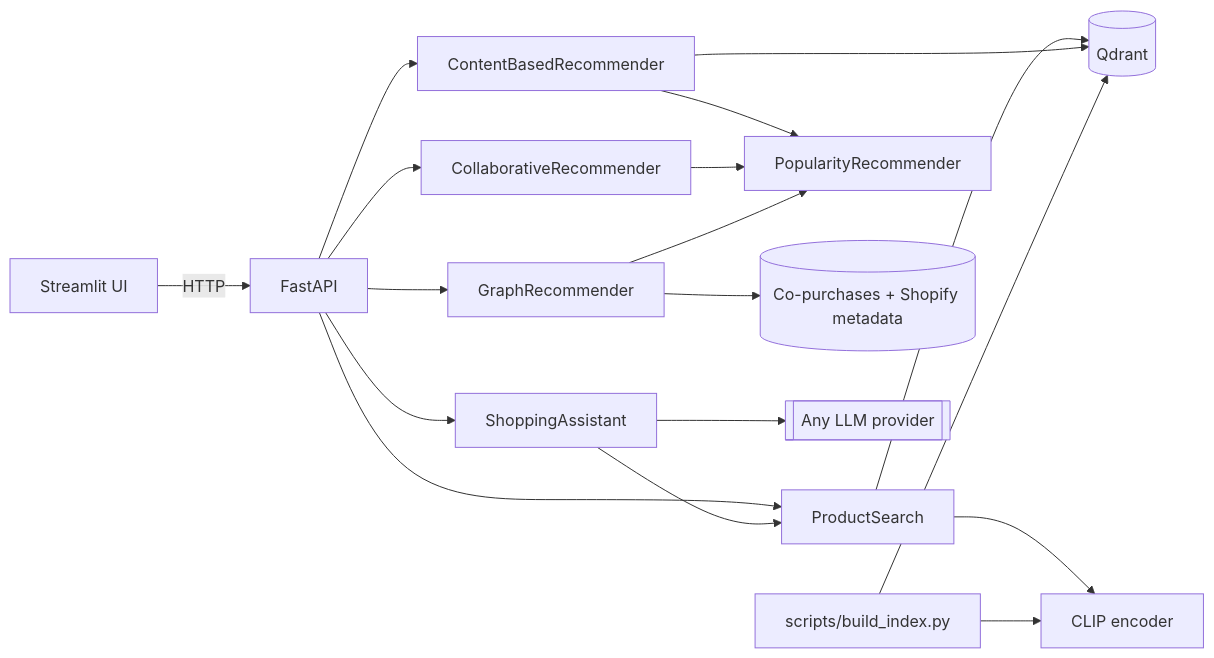
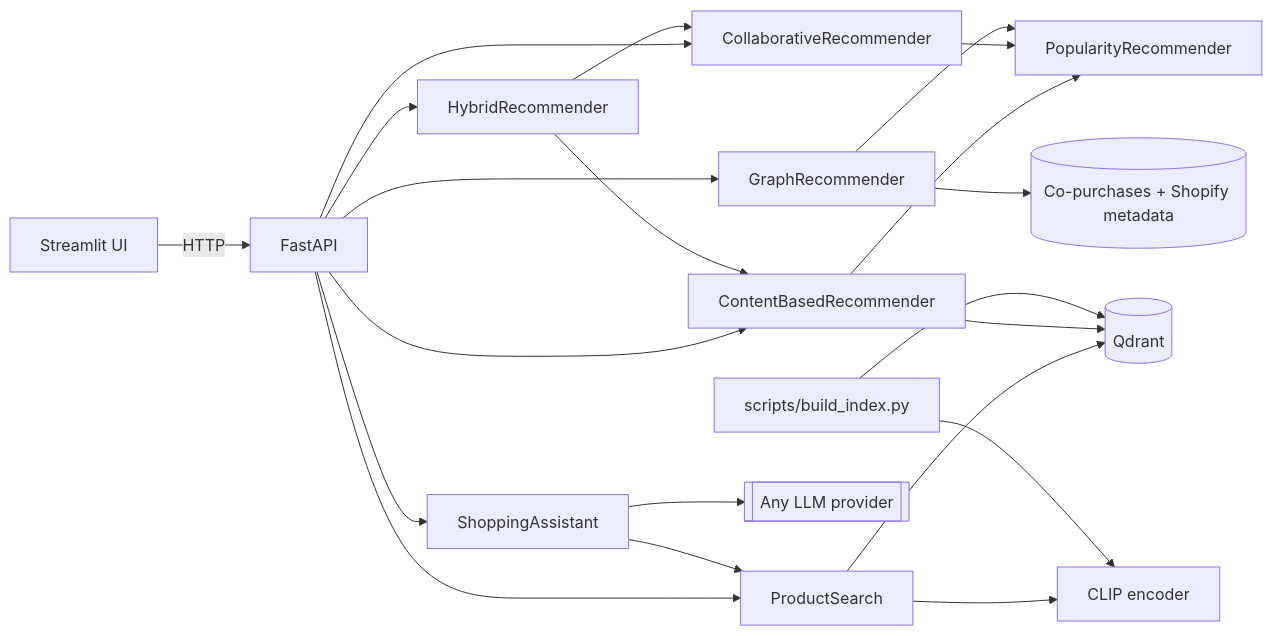
One commit to yo1am1/clothes-recommender changed the diagram in README.md. Above: the diagram before and after it, drawn with Mermaid. The commit also changed other lines of this file and 14 other files, not shown here.

````diff
--- a/README.md
+++ b/README.md
@@ -109,18 +116,20 @@
 ```mermaid
 flowchart LR
     UI[Streamlit UI] -- HTTP --> API[FastAPI]
     API --> S[ProductSearch]
     API --> CB[ContentBasedRecommender]
     API --> CF[CollaborativeRecommender]
     API --> G[GraphRecommender]
+    API --> H[HybridRecommender]
+    H --> CF & CB
     API --> A[ShoppingAssistant]
     S --> E[CLIP encoder]
     S --> Q[(Qdrant)]
     CB --> Q
     CB & CF --> P[PopularityRecommender]
     G --> P
     G --> KG[(Co-purchases + Shopify metadata)]
     A --> LLM[[Any LLM provider]]
     A --> S
     B[scripts/build_index.py] --> E & Q
 ```
````
